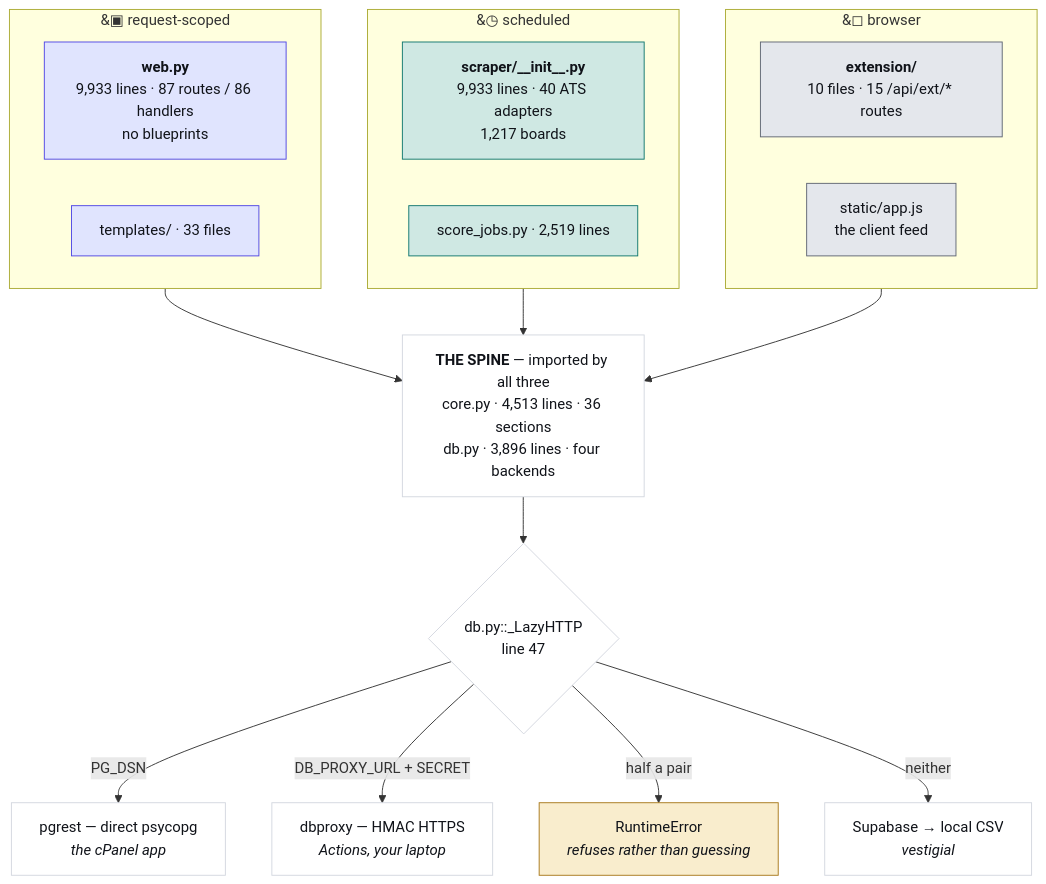
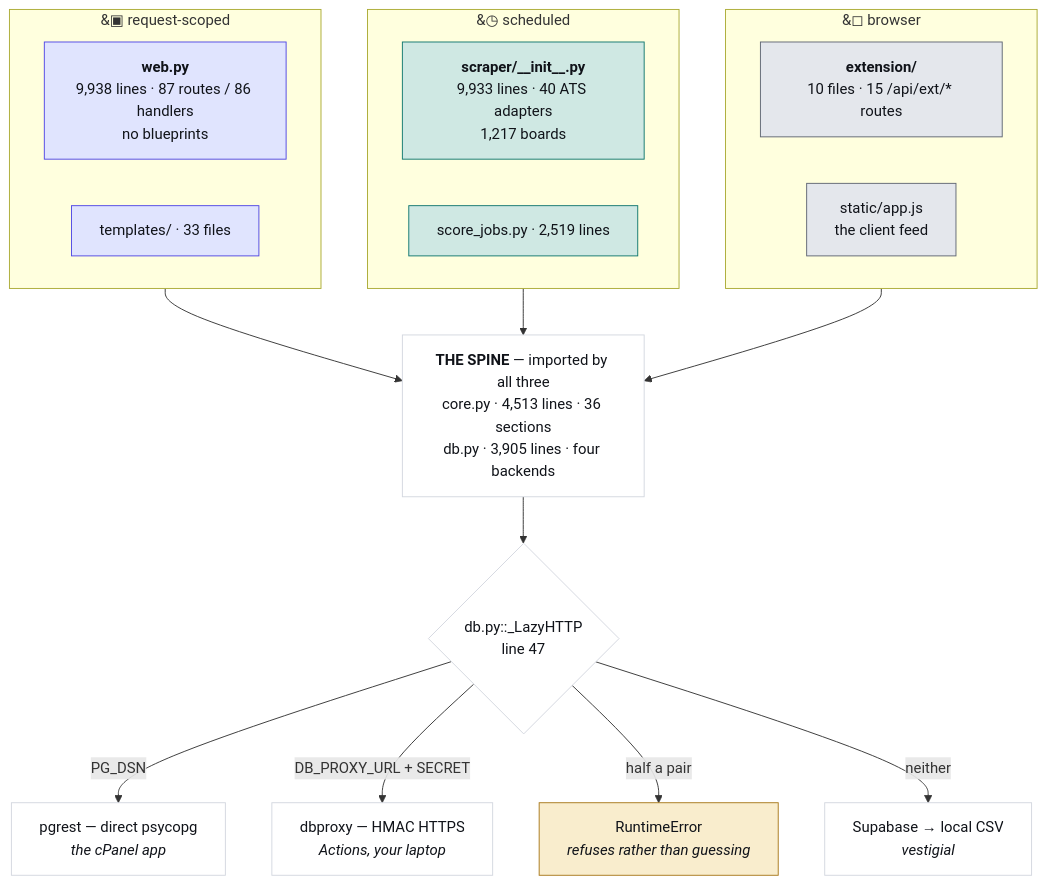
Before and after one commit to hadakunal909-debug/job-search-tool: the first of 4 diagrams in JobMatch Scraper/docs/ARCHITECTURE.md, drawn with Mermaid. The commit also changed other lines of this file and 7 other files, not shown here.

````diff
--- a/JobMatch Scraper/docs/ARCHITECTURE.md
+++ b/JobMatch Scraper/docs/ARCHITECTURE.md
@@ -45,34 +45,34 @@
 ```mermaid
 flowchart TB
   subgraph REQ["&#9635; request-scoped"]
-    W["<b>web.py</b><br/>9,933 lines · 87 routes / 86 handlers<br/>no blueprints"]
+    W["<b>web.py</b><br/>9,938 lines · 87 routes / 86 handlers<br/>no blueprints"]
     T["templates/ · 33 files"]
   end
   subgraph SCH["&#9719; scheduled"]
     S["<b>scraper/__init__.py</b><br/>9,933 lines · 40 ATS adapters<br/>1,217 boards"]
     J["score_jobs.py · 2,519 lines"]
   end
   subgraph CLI["&#9723; browser"]
     E["<b>extension/</b><br/>10 files · 15 /api/ext/* routes"]
     A["static/app.js<br/>the client feed"]
   end
-  SPINE["<b>THE SPINE</b> — imported by all three<br/>core.py · 4,513 lines · 36 sections<br/>db.py · 3,896 lines · four backends"]
+  SPINE["<b>THE SPINE</b> — imported by all three<br/>core.py · 4,513 lines · 36 sections<br/>db.py · 3,905 lines · four backends"]
   REQ --> SPINE
   SCH --> SPINE
   CLI --> SPINE
   SPINE --> D{"db.py::_LazyHTTP<br/>line 47"}
   D -->|"PG_DSN"| P["pgrest — direct psycopg<br/><i>the cPanel app</i>"]
   D -->|"DB_PROXY_URL + SECRET"| X["dbproxy — HMAC HTTPS<br/><i>Actions, your laptop</i>"]
   D -->|"half a pair"| R["RuntimeError<br/><i>refuses rather than guessing</i>"]
   D -->|"neither"| V["Supabase → local CSV<br/><i>vestigial</i>"]
   classDef web fill:#e0e4fe,stroke:#4f46e5,color:#101319
   classDef sched fill:#cfe8e3,stroke:#0f766e,color:#101319
   classDef client fill:#e4e7ec,stroke:#5f6573,color:#101319
   classDef trap fill:#f9edcd,stroke:#a8781a,color:#101319
   classDef plain fill:#ffffff,stroke:#d3d7df,color:#101319
   class W,T web
   class S,J sched
   class E,A client
   class R trap
   class SPINE,D,P,X,V plain
 ```
````
